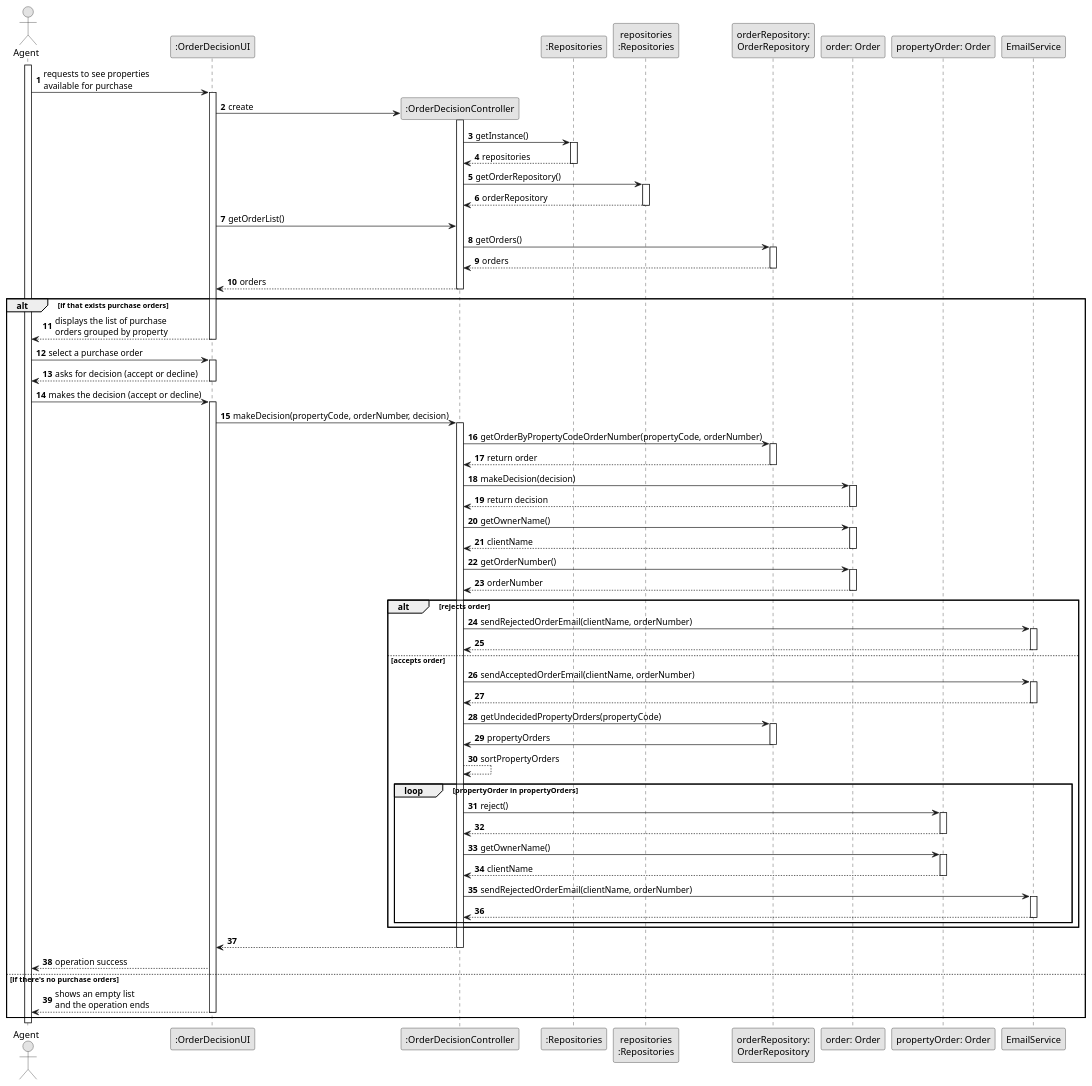
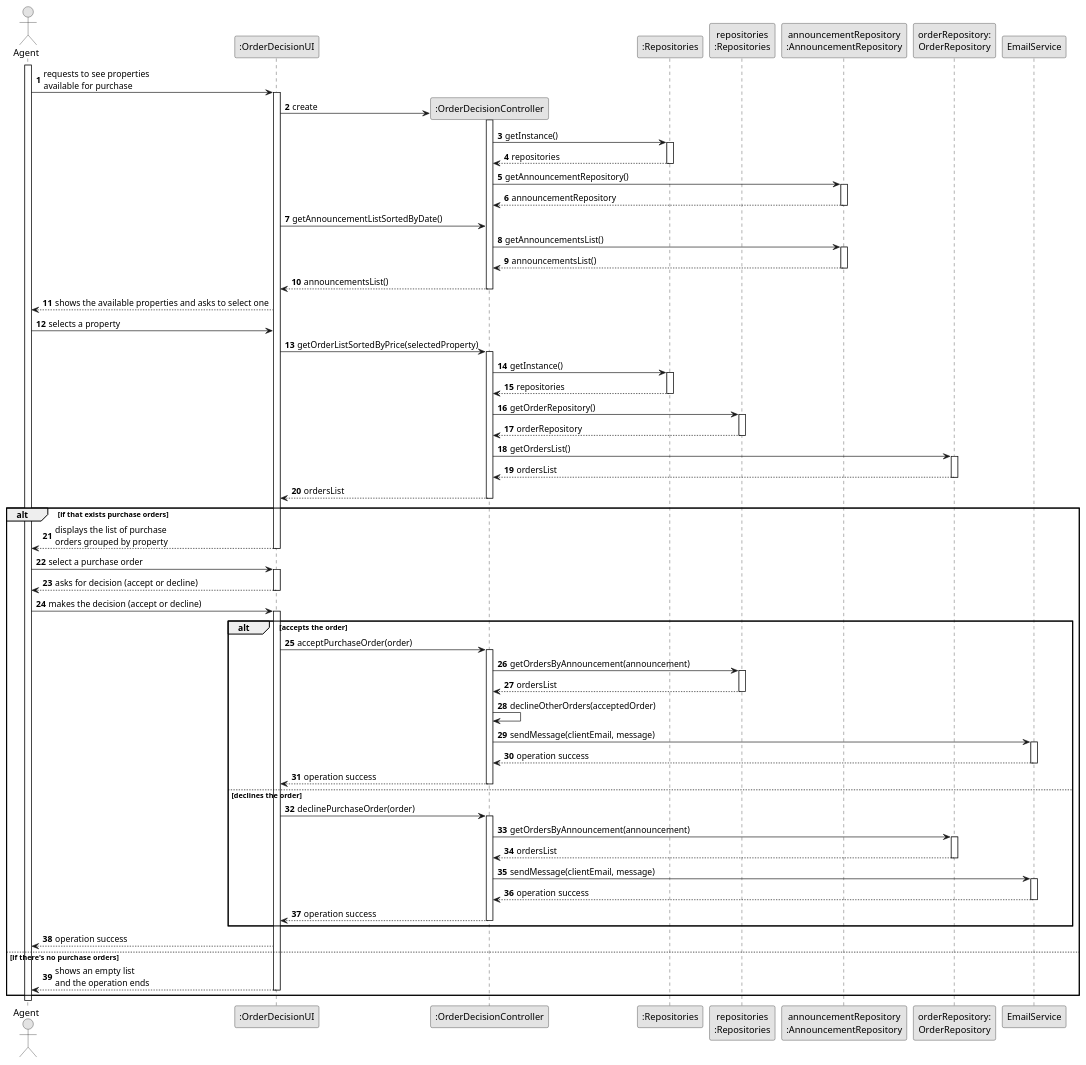
One commit to 1220812/LAPR2 changed the diagram in docs/sprintD/us011/03.design/puml/us011-sequence-diagram-full.puml. Above: the diagram before and after it, drawn with PlantUML. The commit also changed 23 other files, not shown here.

```diff
--- a/docs/sprintD/us011/03.design/puml/us011-sequence-diagram-full.puml
+++ b/docs/sprintD/us011/03.design/puml/us011-sequence-diagram-full.puml
@@ -1,171 +1,156 @@
 @startuml
 skinparam monochrome true
 skinparam packageStyle rectangle
 skinparam shadowing false
 
 autonumber
 
 'hide footbox
 actor "Agent" as ADM
 participant ":OrderDecisionUI" as UI
 participant ":OrderDecisionController" as CTRL
 participant ":Repositories" as RepositorySingleton
 participant "repositories\n:Repositories" as PLAT
+participant "announcementRepository\n:AnnouncementRepository" as A
 participant "orderRepository:\nOrderRepository" as OrderRepository
-participant "order: Order" as Order
-participant "propertyOrder: Order" as POrder
 
 activate ADM
 
     ADM -> UI : requests to see properties \navailable for purchase
     activate UI
 
     UI -> CTRL** : create
+
+activate CTRL
+
+        CTRL -> RepositorySingleton : getInstance()
+        activate RepositorySingleton
+
+        RepositorySingleton --> CTRL: repositories
+        deactivate RepositorySingleton
+
+        CTRL -> A : getAnnouncementRepository()
+        activate A
+
+        A--> CTRL: announcementRepository
+        deactivate A
+
+    UI -> CTRL:  getAnnouncementListSortedByDate()
+
+        CTRL -> A : getAnnouncementsList()
+        activate A
+
+        A --> CTRL : announcementsList()
+        deactivate A
+
+    CTRL --> UI : announcementsList()
+    deactivate CTRL
+
+    UI --> ADM : shows the available properties and asks to select one
+
+    ADM -> UI : selects a property
+
+    UI -> CTRL : getOrderListSortedByPrice(selectedProperty)
 
     activate CTRL
 
         CTRL -> RepositorySingleton : getInstance()
         activate RepositorySingleton
 
         RepositorySingleton --> CTRL: repositories
         deactivate RepositorySingleton
 
         CTRL -> PLAT : getOrderRepository()
         activate PLAT
 
         PLAT --> CTRL: orderRepository
         deactivate PLAT
 
-    UI -> CTRL: getOrderList()
 
-        CTRL -> OrderRepository : getOrders()
+        CTRL -> OrderRepository : getOrdersList()
         activate OrderRepository
 
-        OrderRepository --> CTRL : orders
+        OrderRepository --> CTRL : ordersList
         deactivate OrderRepository
 
-    CTRL --> UI : orders
+    CTRL --> UI : ordersList
     deactivate CTRL
 
 alt if that exists purchase orders
 
     UI --> ADM : displays the list of purchase \norders grouped by property
     deactivate UI
     ADM -> UI : select a purchase order
     activate UI
 
     UI --> ADM : asks for decision (accept or decline)
     deactivate UI
     ADM -> UI : makes the decision (accept or decline)
     activate UI
 
-    UI -> CTRL : makeDecision(propertyCode, orderNumber, decision)
+    alt accepts the order
+
+    UI -> CTRL : acceptPurchaseOrder(order)
 
     activate CTRL
 
-    CTRL -> OrderRepository : getOrderByPropertyCodeOrderNumber(propertyCode, orderNumber)
+    CTRL -> PLAT : getOrdersByAnnouncement(announcement)
+
+    activate PLAT
+
+    PLAT --> CTRL : ordersList
+
+    deactivate PLAT
+
+    CTRL -> CTRL: declineOtherOrders(acceptedOrder)
+
+    CTRL -> EmailService: sendMessage(clientEmail, message)
+
+    activate EmailService
+
+    EmailService --> CTRL : operation success
+    deactivate EmailService
+
+    CTRL --> UI : operation success
+
+    deactivate CTRL
+
+    else declines the order
+
+    UI -> CTRL : declinePurchaseOrder(order)
+    activate CTRL
+
+    CTRL -> OrderRepository: getOrdersByAnnouncement(announcement)
 
     activate OrderRepository
 
-    OrderRepository --> CTRL : return order
+    OrderRepository --> CTRL : ordersList
 
     deactivate OrderRepository
 
-    CTRL -> Order: makeDecision(decision)
+    CTRL -> EmailService: sendMessage(clientEmail, message)
 
-    activate Order
+    activate EmailService
 
-    Order --> CTRL : return decision
+    EmailService --> CTRL: operation success
 
-    deactivate Order
+    deactivate EmailService
 
-    CTRL -> Order : getOwnerName()
+    CTRL --> UI : operation success
 
-    activate Order
-
-    Order --> CTRL : clientName
-
-    deactivate Order
-
-    CTRL -> Order: getOrderNumber()
-
-        activate Order
-
-        Order --> CTRL : orderNumber
-
-    deactivate Order
-
-    alt rejects order
-
-        CTRL -> EmailService: sendRejectedOrderEmail(clientName, orderNumber)
-
-        activate EmailService
-
-        CTRL <-- EmailService
-
-        deactivate EmailService
-
-    else accepts order
-
-        CTRL -> EmailService: sendAcceptedOrderEmail(clientName, orderNumber)
-
-        activate EmailService
-
-        CTRL <-- EmailService
-
-        deactivate EmailService
-
-        CTRL -> OrderRepository : getUndecidedPropertyOrders(propertyCode)
-
-        activate OrderRepository
-
-        OrderRepository -> CTRL : propertyOrders
-
-        deactivate OrderRepository
-
-        CTRL --> CTRL : sortPropertyOrders
-
-        loop propertyOrder in propertyOrders
-
-        CTRL -> POrder: reject()
-activate POrder
-
-        POrder --> CTRL
-
-        deactivate POrder
-
-        CTRL -> POrder : getOwnerName()
-
-        activate POrder
-
-        POrder --> CTRL : clientName
-
-        deactivate POrder
-
-        CTRL -> EmailService: sendRejectedOrderEmail(clientName, orderNumber)
-
-        activate EmailService
-
-        CTRL <-- EmailService
-
-        deactivate EmailService
-
-        end
+    deactivate CTRL
 
     end
-
-    CTRL --> UI
-    deactivate CTRL
 
     UI --> ADM : operation success
 
 
 else if there's no purchase orders
 
 
     UI --> ADM : shows an empty list \nand the operation ends
 
 deactivate UI
 
 end
 @enduml
```
